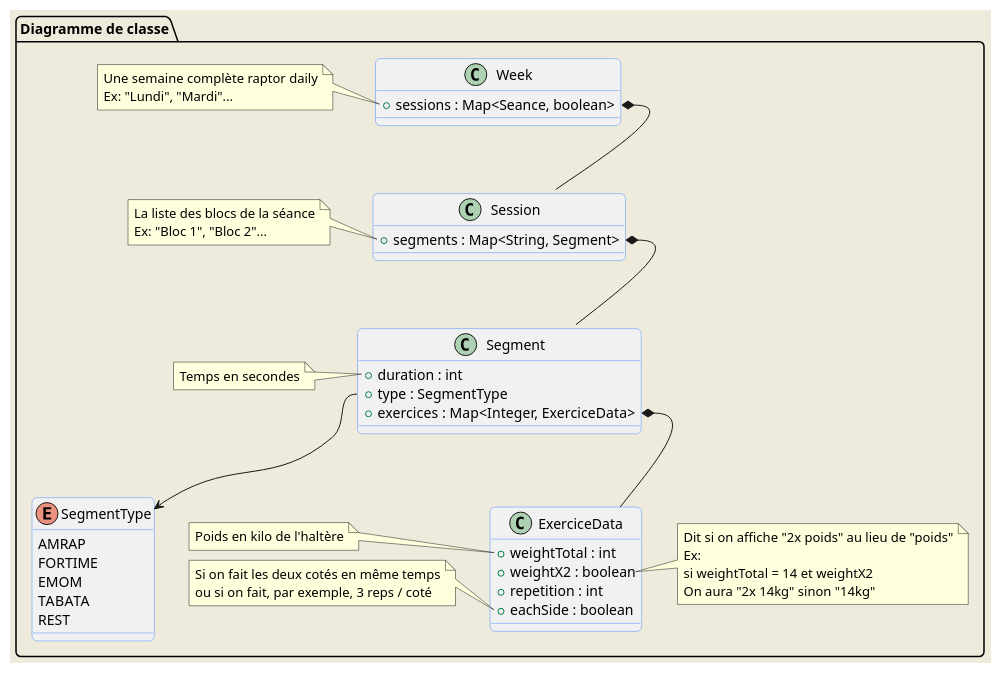
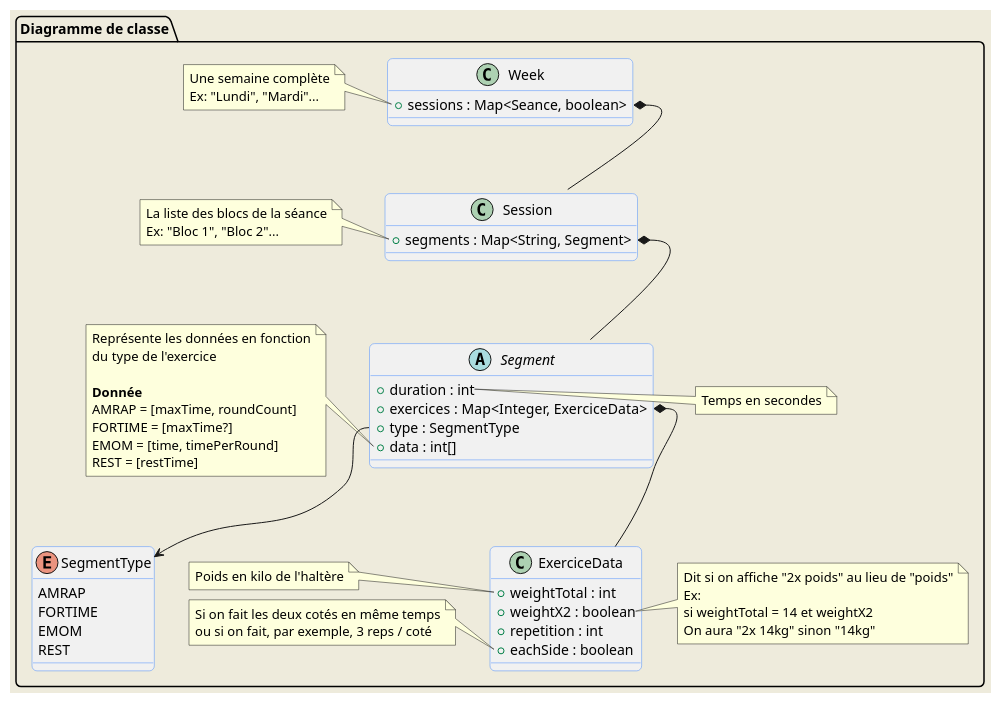
The second of 2 diagrams in umldiagrams.md (Fabccc/MuscleHack), drawn with PlantUML before and after one commit. The commit also changed 1 other file, not shown here.

Commit message:
Fix problème des données en fonction du type d'exo

```diff
--- a/umldiagrams.md
+++ b/umldiagrams.md
@@ -42,19 +42,28 @@
     + sessions : Map<Seance, boolean>
   }
 
+' AMRAP = As many round as possible
+' = un temps max, un nombre de round qui varie
+' FORTIME = Un temps à atteindre
+' = un temps max (nullable)
+' EMOM = Chaque exo en une minute
+' = un temps max, un temps par round
+' REST = On fait un enchainement, puis on prends une pause
+' = un temps de pause
   enum SegmentType{
     AMRAP
     FORTIME
     EMOM
-    TABATA
     REST
   }
 
-  class Segment{
+  abstract class Segment{
     + duration : int
+    + exercices : Map<Integer, ExerciceData>
     + type : SegmentType
-    + exercices : Map<Integer, ExerciceData>
+    + data : int[]
   }
+
 
   class ExerciceData{
     + weightTotal : int
@@ -65,17 +74,13 @@
 
 ' Notes
 
-  note left of Segment::duration
-    Temps en secondes
-  end note
-
   note left of ExerciceData::weightTotal
     Poids en kilo de l'haltère
   end note
 
   note right of ExerciceData::weightX2
     Dit si on affiche "2x poids" au lieu de "poids"
-    Ex: 
+    Ex:
     si weightTotal = 14 et weightX2
     On aura "2x 14kg" sinon "14kg"
   end note
@@ -85,13 +90,28 @@
     ou si on fait, par exemple, 3 reps / coté
   end note
 
+  note right of Segment::duration
+    Temps en secondes
+  end note
+
+  note left of Segment::data
+    Représente les données en fonction
+    du type de l'exercice
+    
+    <b>Donnée</b> 
+    AMRAP = [maxTime, roundCount]
+    FORTIME = [maxTime?]
+    EMOM = [time, timePerRound]
+    REST = [restTime]
+  end note
+
   note left of Session::segments
     La liste des blocs de la séance
     Ex: "Bloc 1", "Bloc 2"...
   end note
 
   note left of Week::sessions
-    Une semaine complète raptor daily
+    Une semaine complète
     Ex: "Lundi", "Mardi"...
   end note
 
```
